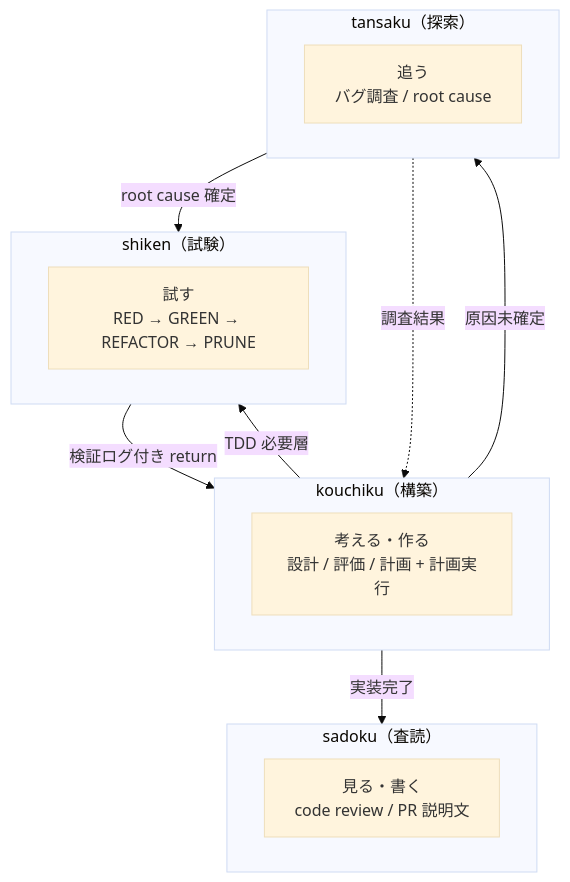
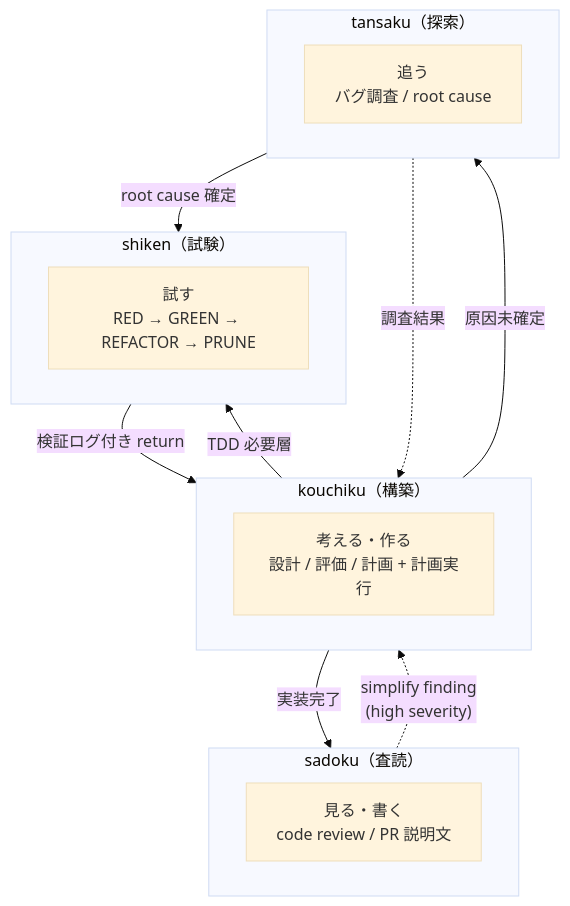
The first of 9 diagrams in docs/workflow.md (hayashiii-ghub/kufuu), drawn with Mermaid (base theme) before and after one commit. The commit also changed other lines of this file and 6 other files, not shown here.

````diff
--- a/docs/workflow.md
+++ b/docs/workflow.md
@@ -32,22 +32,23 @@
 ```mermaid
 flowchart TB
   subgraph BUILD["kouchiku（構築）"]
     K["考える・作る<br/>設計 / 評価 / 計画 + 計画実行"]
   end
   subgraph TEST["shiken（試験）"]
     S["試す<br/>RED → GREEN → REFACTOR → PRUNE"]
   end
   subgraph REVIEW["sadoku（査読）"]
     R["見る・書く<br/>code review / PR 説明文"]
   end
   subgraph HUNT["tansaku（探索）"]
     T["追う<br/>バグ調査 / root cause"]
   end
 
   BUILD -->|"原因未確定"| HUNT
   HUNT -->|"root cause 確定"| TEST
   HUNT -.->|"調査結果"| BUILD
   BUILD -->|"TDD 必要層"| TEST
   TEST -->|"検証ログ付き return"| BUILD
   BUILD -->|"実装完了"| REVIEW
+  REVIEW -.->|"simplify finding<br/>(high severity)"| BUILD
 ```
````
